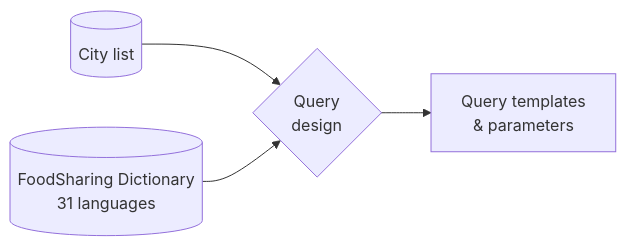
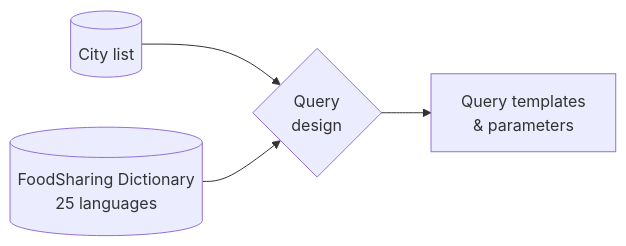
The second of 9 diagrams in ARCHITECTURE.md (HCHODUBLIN/cultivate-mapping-pipeline), drawn with Mermaid before and after one commit. The commit also changed other lines of this file and 19 other files, not shown here.

Commit message:
Clean Snowflake flow docs and add BI/Streamlit support

````diff
--- a/ARCHITECTURE.md
+++ b/ARCHITECTURE.md
@@ -29,10 +33,10 @@
 ```mermaid
 flowchart LR
   CL[(City list)]
     --> QD{Query <br/>design}
 
-  FD[(FoodSharing Dictionary<br/>31 languages)]
+  FD[(FoodSharing Dictionary<br/>25 languages)]
     --> QD
 
   QD --> QT[Query templates<br/>& parameters]
 ```
````
